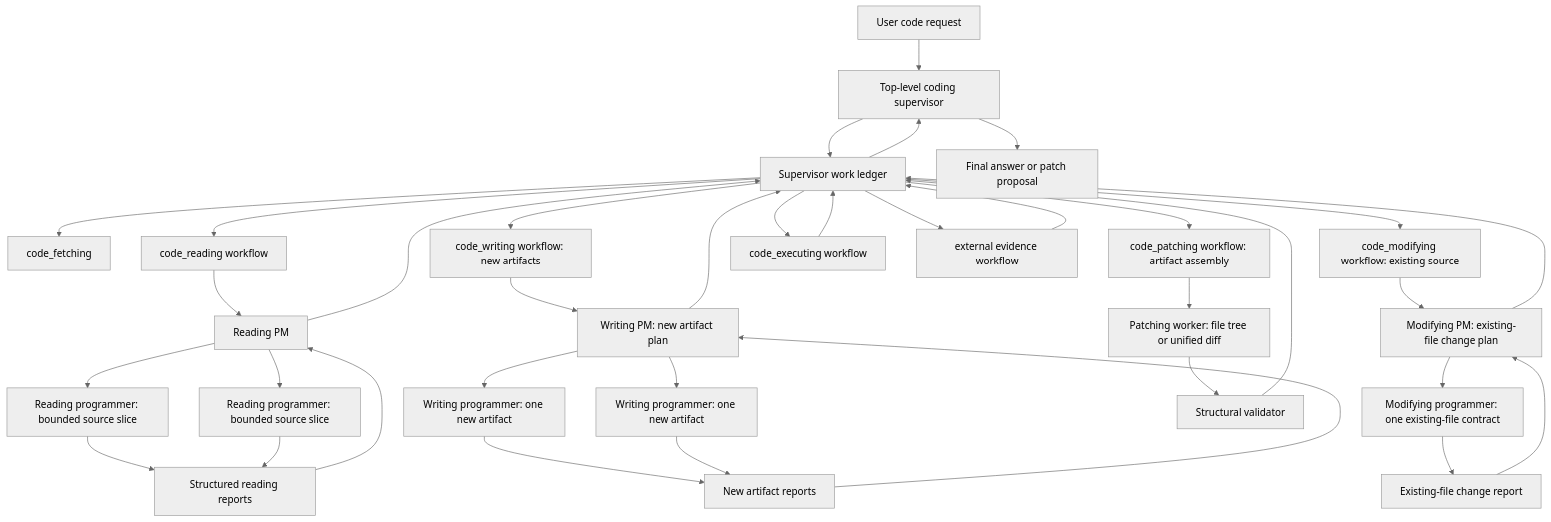
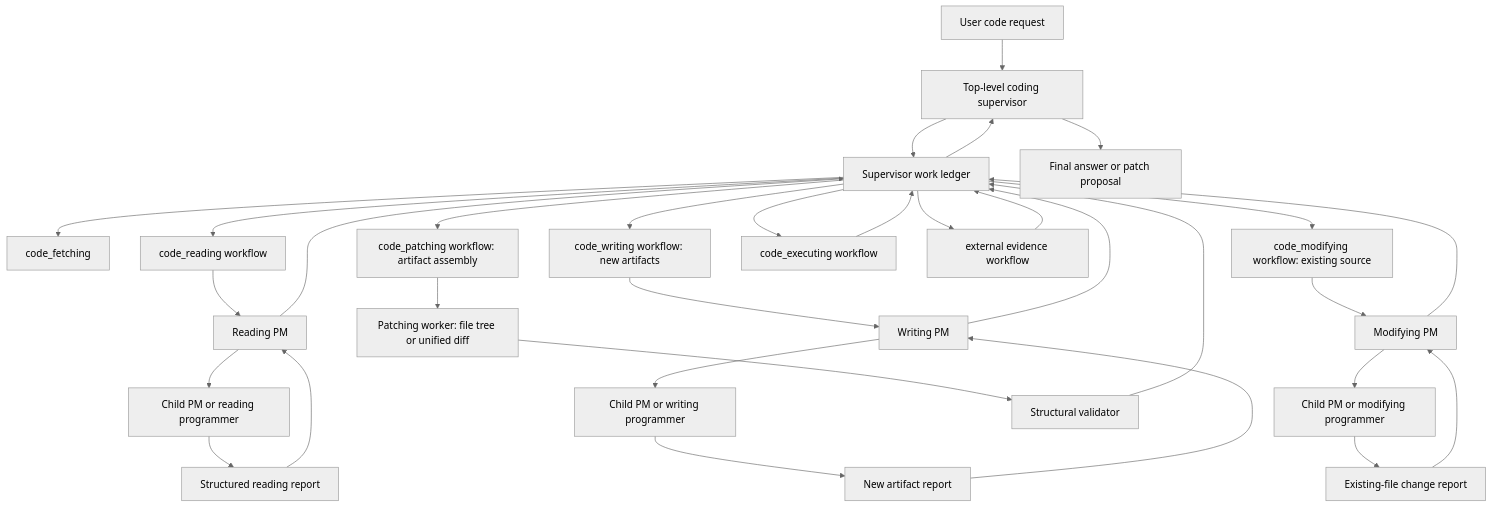
Before and after one commit to eamars/KazusaAIChatbot: the first of 4 diagrams in development_plans/reference/designs/coding_agent_architecture.md, drawn with Mermaid (neutral theme). The commit also changed other lines of this file and 16 other files, not shown here.

````diff
--- a/development_plans/reference/designs/coding_agent_architecture.md
+++ b/development_plans/reference/designs/coding_agent_architecture.md
@@ -146,44 +145,40 @@
 ```mermaid
 flowchart TD
     U[User code request] --> S[Top-level coding supervisor]
     S --> L[Supervisor work ledger]
 
     L --> F[code_fetching]
     L --> R[code_reading workflow]
     L --> W[code_writing workflow: new artifacts]
     L --> M[code_modifying workflow: existing source]
     L --> P[code_patching workflow: artifact assembly]
     L --> X[code_executing workflow]
     L --> E[external evidence workflow]
 
     R --> RPM[Reading PM]
-    RPM --> RP1[Reading programmer: bounded source slice]
-    RPM --> RP2[Reading programmer: bounded source slice]
-    RP1 --> RPT[Structured reading reports]
-    RP2 --> RPT
+    RPM --> RC[Child PM or reading programmer]
+    RC --> RPT[Structured reading report]
     RPT --> RPM
     RPM --> L
 
-    W --> WPM[Writing PM: new artifact plan]
-    WPM --> WMP1[Writing programmer: one new artifact]
-    WPM --> WMP2[Writing programmer: one new artifact]
-    WMP1 --> WAR[New artifact reports]
-    WMP2 --> WAR
+    W --> WPM[Writing PM]
+    WPM --> WC[Child PM or writing programmer]
+    WC --> WAR[New artifact report]
     WAR --> WPM
     WPM --> L
 
-    M --> MPM[Modifying PM: existing-file change plan]
-    MPM --> MMP1[Modifying programmer: one existing-file contract]
-    MMP1 --> MAR[Existing-file change report]
+    M --> MPM[Modifying PM]
+    MPM --> MC[Child PM or modifying programmer]
+    MC --> MAR[Existing-file change report]
     MAR --> MPM
     MPM --> L
 
     P --> PA[Patching worker: file tree or unified diff]
     PA --> V[Structural validator]
     V --> L
 
     E --> L
     X --> L
     L --> S
     S --> O[Final answer or patch proposal]
 ```
````
